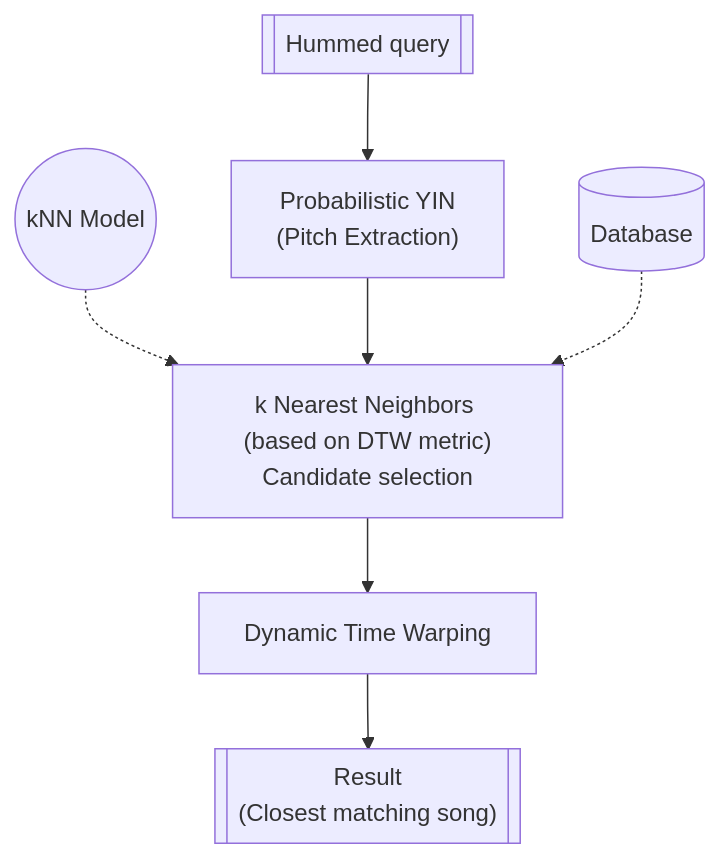
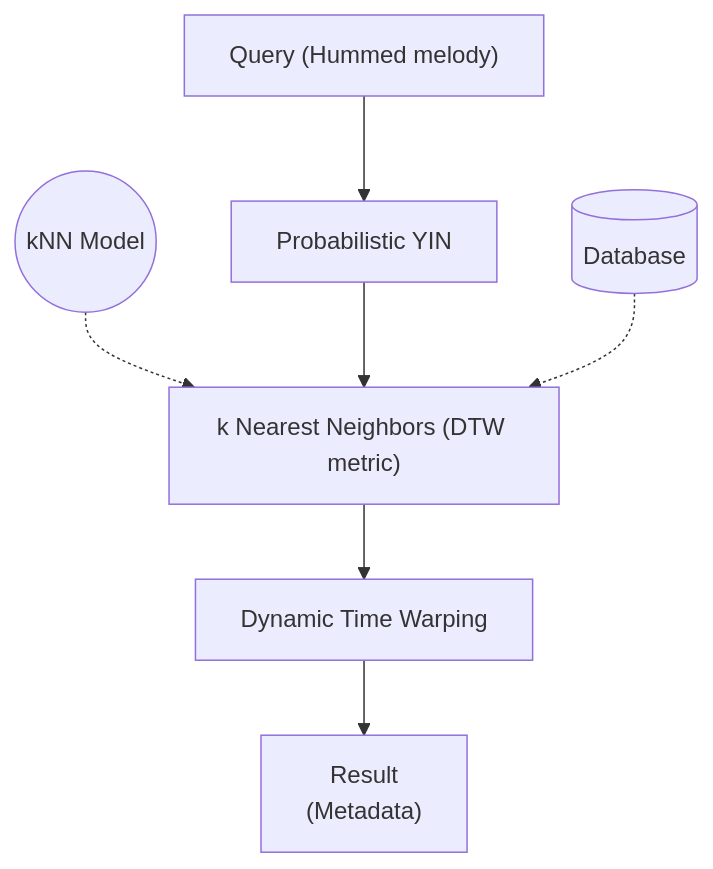
Before and after one commit to vivekvjyn/strawberry-fields: the diagram in README.md, drawn with Mermaid.

````diff
--- a/README.md
+++ b/README.md
@@ -81,9 +81,9 @@
 ```mermaid
 graph TD;
-    A[["Hummed query"]] --> B["Probabilistic YIN\n(Pitch Extraction)"];
+    A["Query (Hummed melody)"] --> B["Probabilistic YIN"];
     G(("kNN Model")) -.-> C
-    B --> C["k Nearest Neighbors (based on DTW metric)\nCandidate selection"];
-    C --> D["Dynamic Time Warping\n"];
-    D --> E[["Result\n(Closest matching song)"]];
+    B --> C["k Nearest Neighbors (DTW metric)"];
+    C --> D["Dynamic Time Warping"];
+    D --> E["Result\n(Metadata)"];
     F[("Database")] -.-> C
 ```
````
